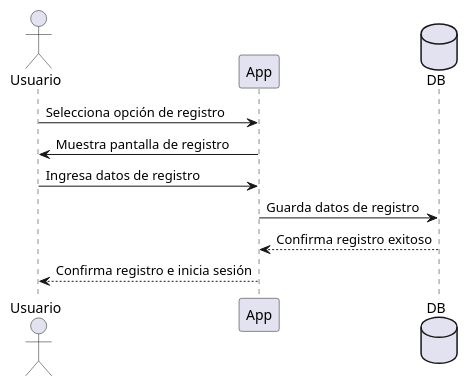
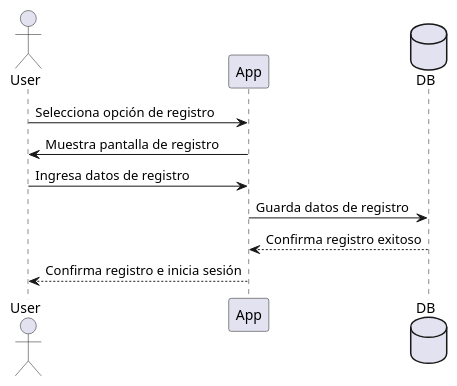
One commit to Arquisoft/wiq_es6b changed the first of 3 diagrams in docs/src/06_runtime_view.adoc. Above: the diagram before and after it, drawn with PlantUML. The commit also changed other lines of this file, not shown here.

Commit message:
Corrección diagramas sección 6

```diff
--- a/docs/src/06_runtime_view.adoc
+++ b/docs/src/06_runtime_view.adoc
@@ -8,13 +8,13 @@
 [plantuml,"Sequence diagram",png]
 ----
-actor Usuario
+actor User
 participant App
 database DB
 
-Usuario -> App: Selecciona opción de registro
-App -> Usuario: Muestra pantalla de registro
-Usuario -> App: Ingresa datos de registro
+User -> App: Selecciona opción de registro
+User <- App: Muestra pantalla de registro
+User -> App: Ingresa datos de registro
 App -> DB: Guarda datos de registro
-DB --> App: Confirma registro exitoso
-App --> Usuario: Confirma registro e inicia sesión
+App <-- DB: Confirma registro exitoso
+User <-- App: Confirma registro e inicia sesión
 ----
```
